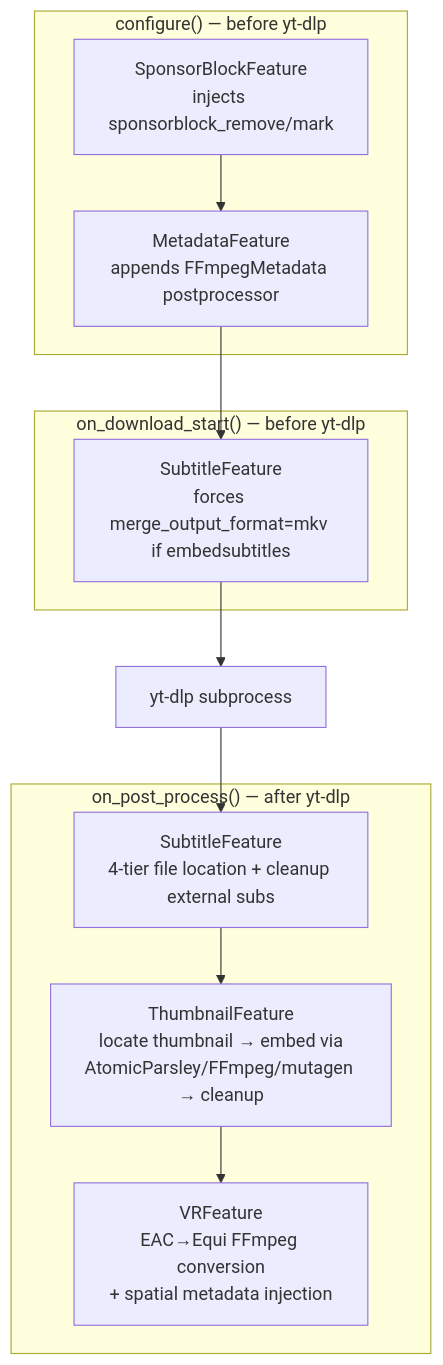
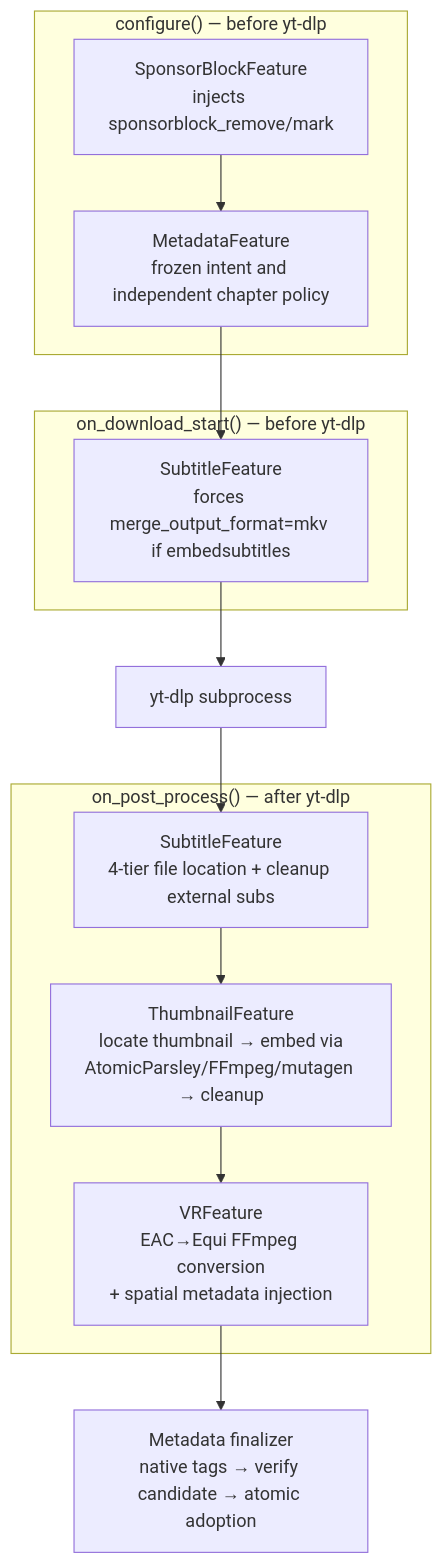
One commit to SakuraForgot/FluentYTDL changed the eighth of 21 diagrams in docs/ARCHITECTURE_EN.md. Above: the diagram before and after it, drawn with Mermaid. The commit also changed other lines of this file and 136 other files, not shown here.

````diff
--- a/docs/ARCHITECTURE_EN.md
+++ b/docs/ARCHITECTURE_EN.md
@@ -378,21 +380,21 @@
 ```mermaid
 flowchart TD
     subgraph configure["configure() — before yt-dlp"]
         SB1["SponsorBlockFeature<br/>injects sponsorblock_remove/mark"]
-        MF1["MetadataFeature<br/>appends FFmpegMetadata postprocessor"]
+        MF1["MetadataFeature<br/>frozen intent and independent chapter policy"]
     end
 
     subgraph on_start["on_download_start() — before yt-dlp"]
         SF1["SubtitleFeature<br/>forces merge_output_format=mkv if embedsubtitles"]
     end
 
     subgraph on_post["on_post_process() — after yt-dlp"]
         SF2["SubtitleFeature<br/>4-tier file location + cleanup external subs"]
         TF1["ThumbnailFeature<br/>locate thumbnail → embed via<br/>AtomicParsley/FFmpeg/mutagen → cleanup"]
         VF1["VRFeature<br/>EAC→Equi FFmpeg conversion<br/>+ spatial metadata injection"]
     end
 
     SB1 --> MF1 --> SF1
     SF1 --> C["yt-dlp subprocess"]
-    C --> SF2 --> TF1 --> VF1
+    C --> SF2 --> TF1 --> VF1 --> META["Metadata finalizer<br/>native tags → verify candidate → atomic adoption"]
 ```
````
